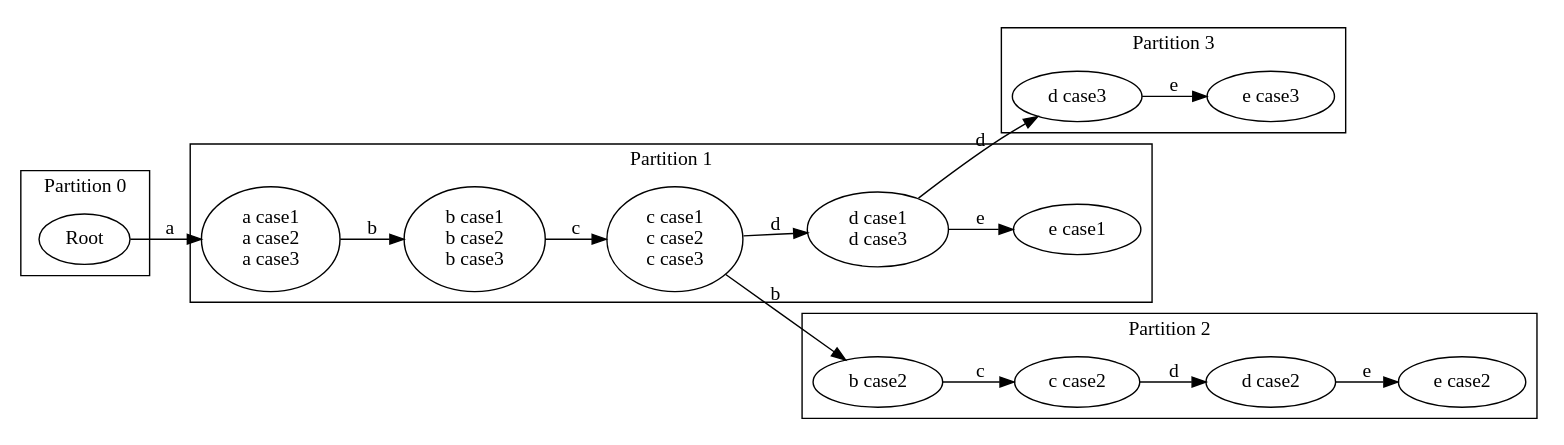
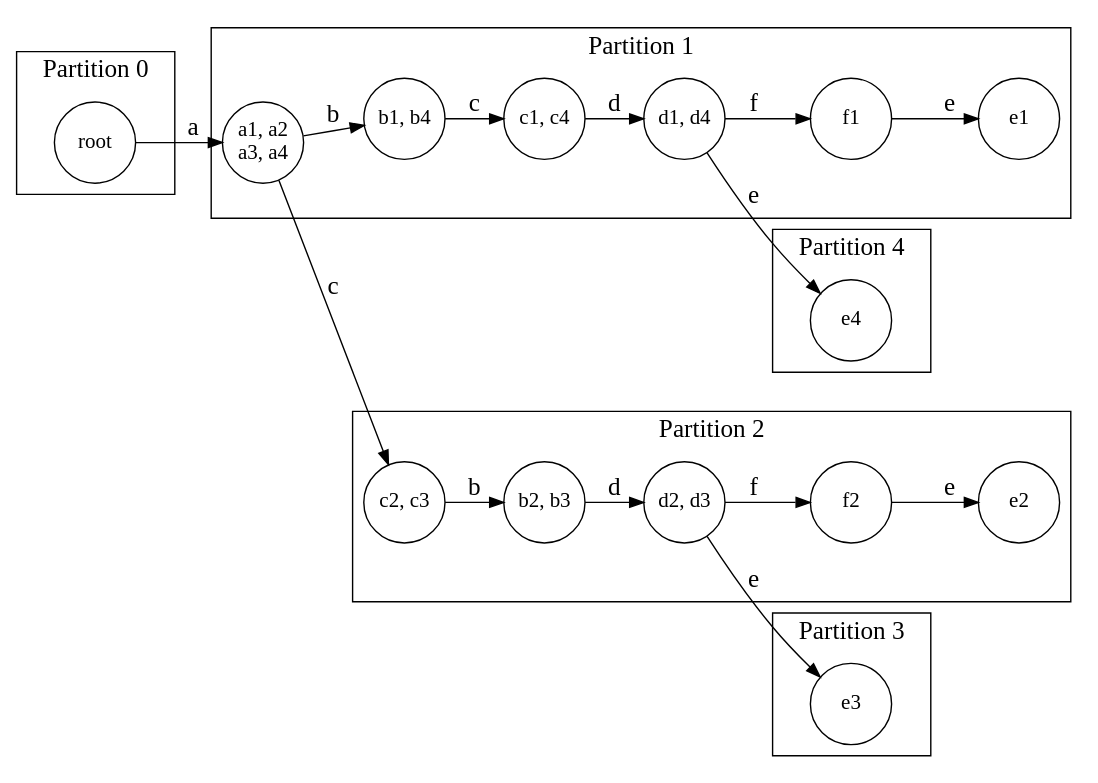
One commit to linde9821/epa-visualizer changed the diagram in dia.dot. Above: the diagram before and after it, drawn with Graphviz. The commit also changed 3 other files, not shown here.

```diff
--- a/dia.dot
+++ b/dia.dot
@@ -1,57 +1,82 @@
 digraph EPA {
+    nodesep=1;
+    ranksep=.4;
     rankdir=LR;
+    graph [fontname="Times New Roman"];
+    node [fontname="Times New Roman", fontsize=15, shape=circle, fixedsize=true, width=0.8];
+    edge [fontname="Times New Roman", fontsize=18];
     // states (nodes)
-    "-955356007" [label="Root"];
-    "448734952" [label="a case1\na case2\na case3"];
-    "1025881722" [label="b case1\nb case2\nb case3"];
-    "1737562409" [label="c case1\nc case2\nc case3"];
-    "-1970140069" [label="d case1\nd case3"];
-    "-944799894" [label="e case1"];
-    "-944799895" [label="d case3"];
-    "775974428" [label="e case3"];
-    "-1970140071" [label="b case2"];
-    "-944799958" [label="c case2"];
-    "775972474" [label="d case2"];
-    "-1714656981" [label="e case2"];
+    "-955356007" [label="root"];
+    "448734952" [label="a1, a2\na3, a4\n"];
+    "1025881722" [label="b1, b4\n"];
+    "1737562409" [label="c1, c4\n"];
+    "-1970140069" [label="d1, d4\n"];
+    "-944799893" [label="f1\n"];
+    "775974490" [label="e1\n"];
+    "-944799894" [label="e4\n"];
+    "1025881723" [label="c2, c3\n"];
+    "1737562439" [label="b2, b3\n"];
+    "-1970139139" [label="d2, d3\n"];
+    "-944771063" [label="f2\n"];
+    "776868220" [label="e2\n"];
+    "-944771064" [label="e3\n"];
     // transitions
     "-955356007" -> "448734952" [label="a"];
     "448734952" -> "1025881722" [label="b"];
+    "448734952" -> "1025881723" [label="c"];
     "1025881722" -> "1737562409" [label="c"];
     "1737562409" -> "-1970140069" [label="d"];
-    "1737562409" -> "-1970140071" [label="b"];
+    "-1970140069" -> "-944799893" [label="f"];
     "-1970140069" -> "-944799894" [label="e"];
-    "-1970140069" -> "-944799895" [label="d"];
-    "-944799895" -> "775974428" [label="e"];
-    "-1970140071" -> "-944799958" [label="c"];
-    "-944799958" -> "775972474" [label="d"];
-    "775972474" -> "-1714656981" [label="e"];
+    "-944799893" -> "775974490" [label="e"];
+    "1025881723" -> "1737562439" [label="b"];
+    "1737562439" -> "-1970139139" [label="d"];
+    "-1970139139" -> "-944771063" [label="f"];
+    "-1970139139" -> "-944771064" [label="e"];
+    "-944771063" -> "776868220" [label="e"];
     // partitions
     subgraph cluster_partition0 {
         label = "Partition 0";
         color=black;
+        fontname = "Times-Roman";
+        fontsize = 18
         "-955356007"
     }
     subgraph cluster_partition1 {
         label = "Partition 1";
         color=black;
+        fontname = "Times-Roman";
+        fontsize = 18
         "448734952"
         "1025881722"
         "1737562409"
         "-1970140069"
+        "-944799893"
+        "775974490"
+    }
+    subgraph cluster_partition4 {
+        label = "Partition 4";
+        color=black;
+        fontname = "Times-Roman";
+        fontsize = 18
         "-944799894"
+    }
+    subgraph cluster_partition2 {
+        label = "Partition 2";
+        color=black;
+        fontname = "Times-Roman";
+        fontsize = 18
+        "1025881723"
+        "1737562439"
+        "-1970139139"
+        "-944771063"
+        "776868220"
     }
     subgraph cluster_partition3 {
         label = "Partition 3";
         color=black;
-        "-944799895"
-        "775974428"
-    }
-    subgraph cluster_partition2 {
-        label = "Partition 2";
-        color=black;
-        "-1970140071"
-        "-944799958"
-        "775972474"
-        "-1714656981"
+        fontname = "Times-Roman";
+        fontsize = 18
+        "-944771064"
     }
 }
```
